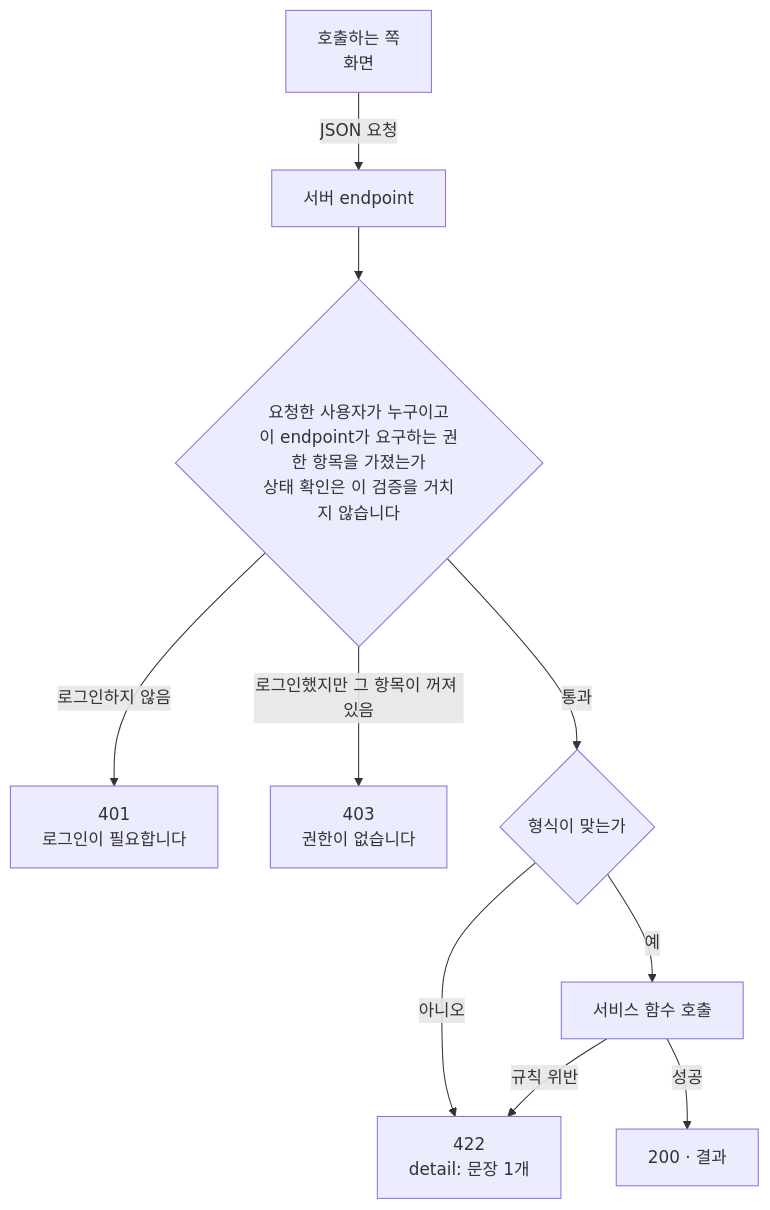
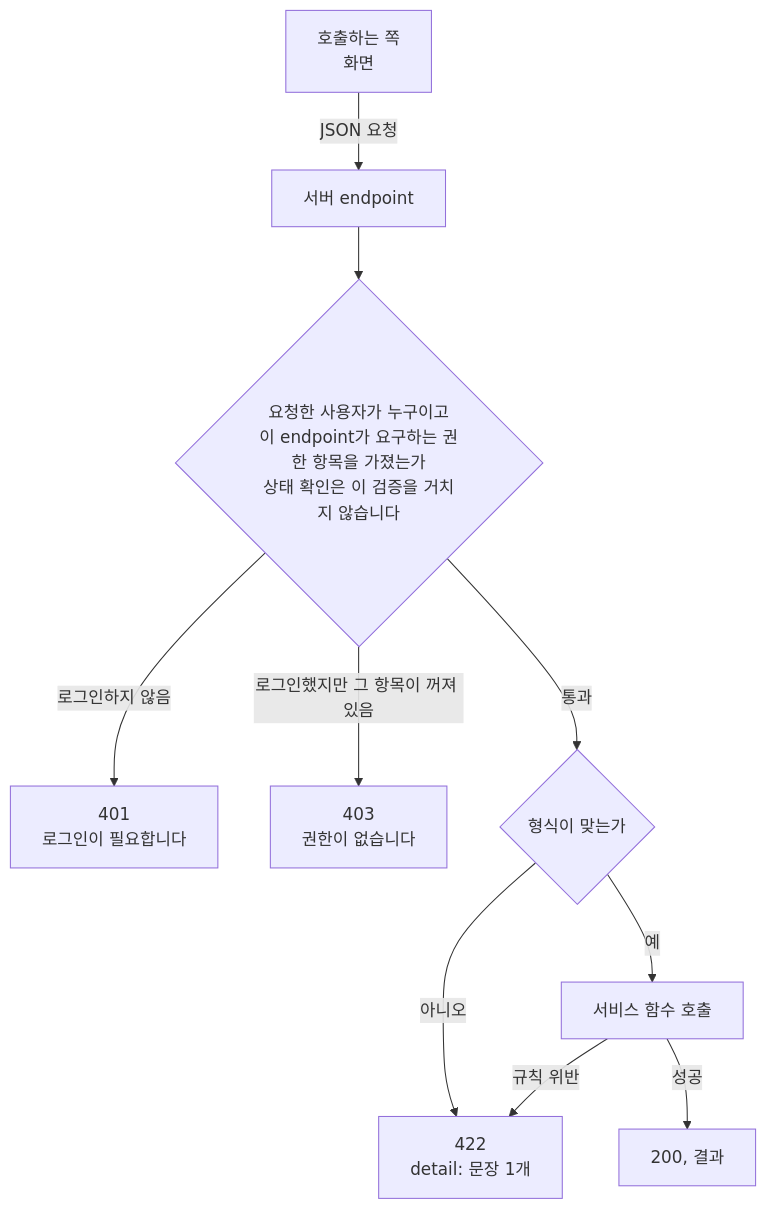
The diagram in .cluedoc/scheduling-api/scheduling-api.md (minkong-dev/Banblit), drawn with Mermaid before and after one commit. The commit also changed other lines of this file and 21 other files, not shown here.

````diff
--- a/.cluedoc/scheduling-api/scheduling-api.md
+++ b/.cluedoc/scheduling-api/scheduling-api.md
@@ -17,12 +17,12 @@
 ```mermaid
 flowchart TD
     C[호출하는 쪽<br/>화면] -->|JSON 요청| A[서버 endpoint]
     A --> W{요청한 사용자가 누구이고<br/>이 endpoint가 요구하는 권한 항목을 가졌는가<br/>상태 확인은 이 검증을 거치지 않습니다}
     W -->|로그인하지 않음| R0["401<br/>로그인이 필요합니다"]
     W -->|로그인했지만 그 항목이 꺼져 있음| R3["403<br/>권한이 없습니다"]
     W -->|통과| S{형식이 맞는가}
     S -->|아니오| R1["422<br/>detail: 문장 1개"]
     S -->|예| E[서비스 함수 호출]
     E -->|규칙 위반| R1
-    E -->|성공| R2[200 · 결과]
+    E -->|성공| R2[200, 결과]
 ```
````
